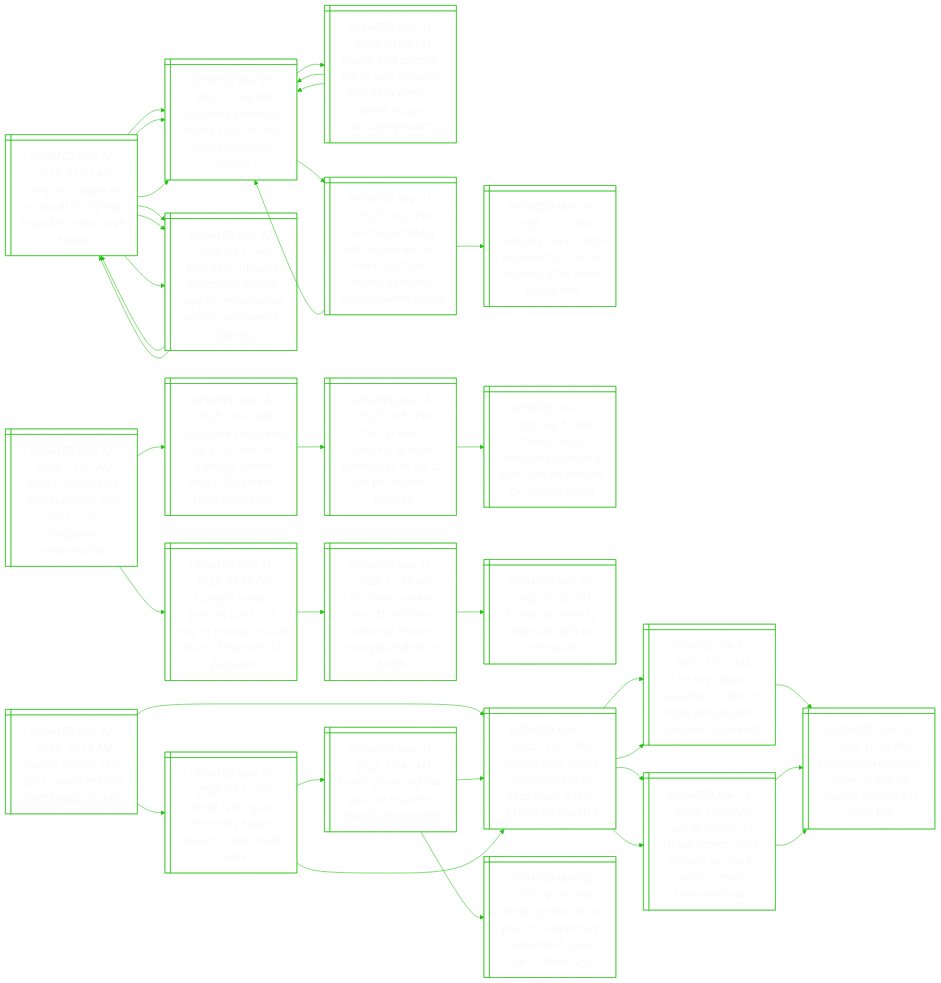
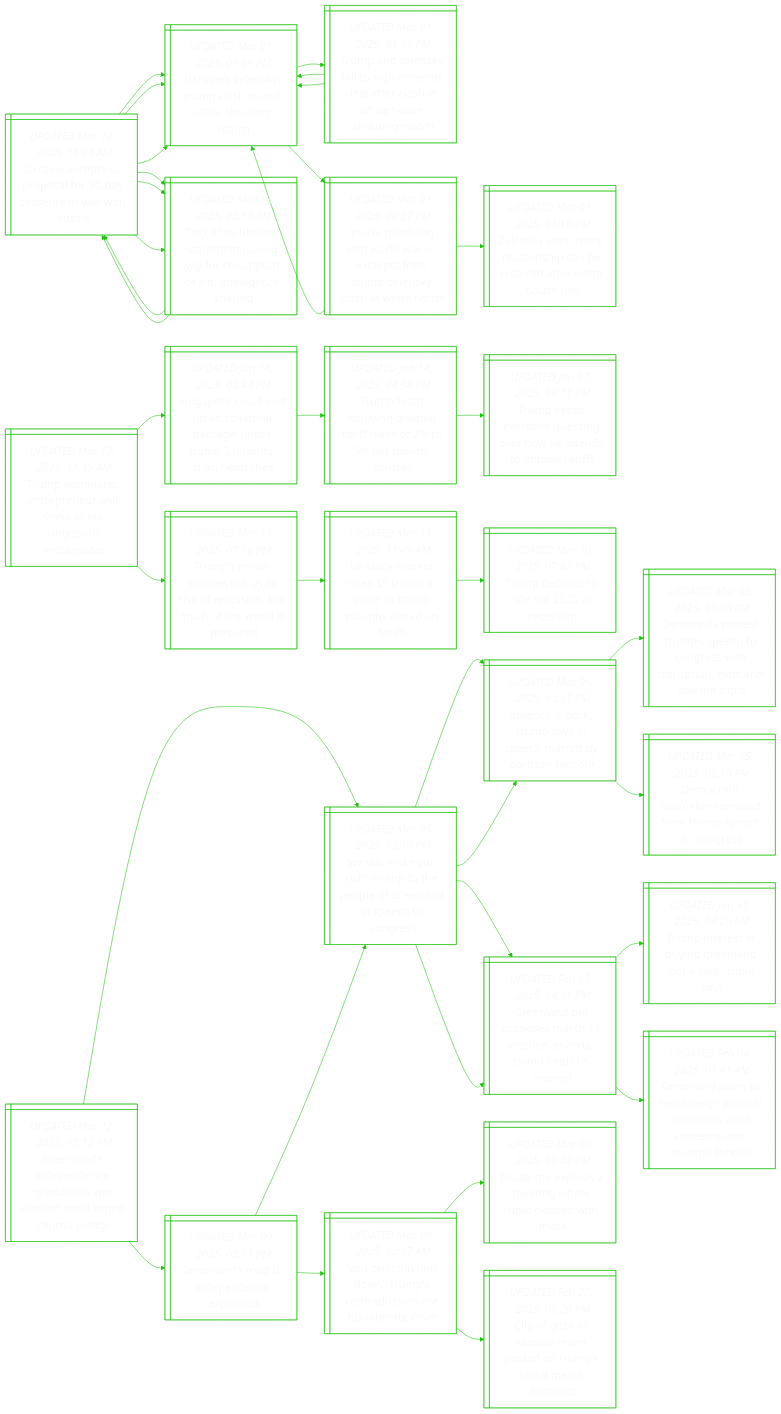
One commit to notJmes/notJmes changed the diagram in README.md. Above: the diagram before and after it, drawn with Mermaid. The commit also changed other lines of this file, not shown here.

````diff
--- a/README.md
+++ b/README.md
@@ -84,47 +84,50 @@
 TstlsSseitowip:::txtsize --> UcksinlTphaas:::txtsize
 UcksinlTphaas:::txtsize --> Tdnruei:::txtsize
 
-Hoiyaethen@{ shape: win-pane, label: "_UPDATED Mar 12, 2025, 10:15 AM_
-Hamas official says gaza ceasefire talks have begun in doha" }
-UtysraGruxoc@{ shape: win-pane, label: "_UPDATED Mar 01, 2025, 10:11 PM_
-Uncertainty looms as first phase of gaza truce due to expire on march 1" }
-Uscfotmpanon@{ shape: win-pane, label: "_UPDATED Jan 17, 2025, 11:12 AM_
-Us says gaza ceasefire to start on time despite last minute ‘loose end’" }
-NyeeawHakl@{ shape: win-pane, label: "_UPDATED Nov 13, 2024, 10:58 AM_
-Netanyahu declares israel at war as hamas attacks kill over 100" }
-Sbsrcdnacaale@{ shape: win-pane, label: "_UPDATED Nov 13, 2024, 11:02 AM_
-‘sea of bodies’ in israel, scores dead in gaza as shock hamas attack unleashes war" }
-NyeeawHakl@{ shape: win-pane, label: "_UPDATED Nov 13, 2024, 10:58 AM_
-Netanyahu declares israel at war as hamas attacks kill over 100" }
-NyeeawHakl@{ shape: win-pane, label: "_UPDATED Nov 13, 2024, 10:58 AM_
-Netanyahu declares israel at war as hamas attacks kill over 100" }
-Ilserylaeck@{ shape: win-pane, label: "_UPDATED Mar 10, 2025, 09:27 PM_
-Israel halts gaza electricity supply ahead of new truce talks" }
-Ilkiacftfas@{ shape: win-pane, label: "_UPDATED Mar 03, 2025, 10:41 AM_
-Israel blocks aid into gaza as ceasefire stand-off escalates" }
-UtysraGruxoc@{ shape: win-pane, label: "_UPDATED Mar 01, 2025, 10:11 PM_
-Uncertainty looms as first phase of gaza truce due to expire on march 1" }
-IleSfmrsezoe@{ shape: win-pane, label: "_UPDATED Mar 02, 2025, 03:29 PM_
-Israel agrees on us plan for temporary ceasefire in gaza, pm’s office says" }
-UtysraGruxoc@{ shape: win-pane, label: "_UPDATED Mar 01, 2025, 10:11 PM_
-Uncertainty looms as first phase of gaza truce due to expire on march 1" }
-Uscfotmpanon@{ shape: win-pane, label: "_UPDATED Jan 17, 2025, 11:12 AM_
-Us says gaza ceasefire to start on time despite last minute ‘loose end’" }
-Sbsrcdnacaale@{ shape: win-pane, label: "_UPDATED Nov 13, 2024, 11:02 AM_
-‘sea of bodies’ in israel, scores dead in gaza as shock hamas attack unleashes war" }
+Gliecdsntmunpe@{ shape: win-pane, label: "_UPDATED Mar 12, 2025, 03:32 PM_
+Greenland’s independence gradualists win election amid trump control pledge" }
+WlycmhpGlncos@{ shape: win-pane, label: "_UPDATED Mar 05, 2025, 03:19 PM_
+‘we will make you rich’: trump to the people of greenland in speech to congress" }
+Acauypmdrno@{ shape: win-pane, label: "_UPDATED Mar 05, 2025, 03:51 PM_
+‘america is back,’ trump says in speech marred by partisan rancour" }
+DrrtpeCetrotsns@{ shape: win-pane, label: "_UPDATED Mar 05, 2025, 01:30 PM_
+Democrats protest trump’s speech to congress with disruption, exits and solemn signs" }
+Drlkmfrptg@{ shape: win-pane, label: "_UPDATED Mar 05, 2025, 02:16 PM_
+Democratic lawmaker removed from trump speech to congress" }
+GlMoaloriddns@{ shape: win-pane, label: "_UPDATED Feb 05, 2025, 04:31 PM_
+Greenland pm proposes march 11 election as arctic island fields us interest" }
+Tiebgnnoby@{ shape: win-pane, label: "_UPDATED Jan 31, 2025, 04:26 PM_
+Trump interest in buying greenland ‘not a joke’, rubio says" }
+GlloontdimnsTsa@{ shape: win-pane, label: "_UPDATED Feb 04, 2025, 01:43 AM_
+Greenland plans to ban foreign political donations amid concerns over trump’s threats" }
+Glropnpe@{ shape: win-pane, label: "_UPDATED Mar 09, 2025, 03:51 PM_
+Greenland’s road to independence explained" }
+WlycmhpGlncos@{ shape: win-pane, label: "_UPDATED Mar 05, 2025, 03:19 PM_
+‘we will make you rich’: trump to the people of greenland in speech to congress" }
+Acauypmdrno@{ shape: win-pane, label: "_UPDATED Mar 05, 2025, 03:51 PM_
+‘america is back,’ trump says in speech marred by partisan rancour" }
+GlMoaloriddns@{ shape: win-pane, label: "_UPDATED Feb 05, 2025, 04:31 PM_
+Greenland pm proposes march 11 election as arctic island fields us interest" }
+Ynhwmninhter@{ shape: win-pane, label: "_UPDATED Mar 09, 2025, 02:17 AM_
+‘you can’t pin him down’: trump’s contradictions are his ultimate cover" }
+IexiewRceh@{ shape: win-pane, label: "_UPDATED Mar 08, 2025, 09:02 PM_
+Inside the explosive meeting where rubio clashed with musk" }
+Cfasepduoman@{ shape: win-pane, label: "_UPDATED Feb 27, 2025, 06:26 PM_
+Clip of gaza as seaside resort posted on trump’s social media accounts" }
 
-Hoiyaethen:::txtsize --> UtysraGruxoc:::txtsize
-UtysraGruxoc:::txtsize --> Uscfotmpanon:::txtsize
-Uscfotmpanon:::txtsize --> NyeeawHakl:::txtsize
-UtysraGruxoc:::txtsize --> Sbsrcdnacaale:::txtsize
-Sbsrcdnacaale:::txtsize --> NyeeawHakl:::txtsize
-Sbsrcdnacaale:::txtsize --> NyeeawHakl:::txtsize
-Hoiyaethen:::txtsize --> Ilserylaeck:::txtsize
-Ilserylaeck:::txtsize --> Ilkiacftfas:::txtsize
-Ilkiacftfas:::txtsize --> UtysraGruxoc:::txtsize
-Ilkiacftfas:::txtsize --> IleSfmrsezoe:::txtsize
-Ilserylaeck:::txtsize --> UtysraGruxoc:::txtsize
-UtysraGruxoc:::txtsize --> Uscfotmpanon:::txtsize
-UtysraGruxoc:::txtsize --> Sbsrcdnacaale:::txtsize
+Gliecdsntmunpe:::txtsize --> WlycmhpGlncos:::txtsize
+WlycmhpGlncos:::txtsize --> Acauypmdrno:::txtsize
+Acauypmdrno:::txtsize --> DrrtpeCetrotsns:::txtsize
+Acauypmdrno:::txtsize --> Drlkmfrptg:::txtsize
+WlycmhpGlncos:::txtsize --> GlMoaloriddns:::txtsize
+GlMoaloriddns:::txtsize --> Tiebgnnoby:::txtsize
+GlMoaloriddns:::txtsize --> GlloontdimnsTsa:::txtsize
+Gliecdsntmunpe:::txtsize --> Glropnpe:::txtsize
+Glropnpe:::txtsize --> WlycmhpGlncos:::txtsize
+WlycmhpGlncos:::txtsize --> Acauypmdrno:::txtsize
+WlycmhpGlncos:::txtsize --> GlMoaloriddns:::txtsize
+Glropnpe:::txtsize --> Ynhwmninhter:::txtsize
+Ynhwmninhter:::txtsize --> IexiewRceh:::txtsize
+Ynhwmninhter:::txtsize --> Cfasepduoman:::txtsize
 
 ```
````
